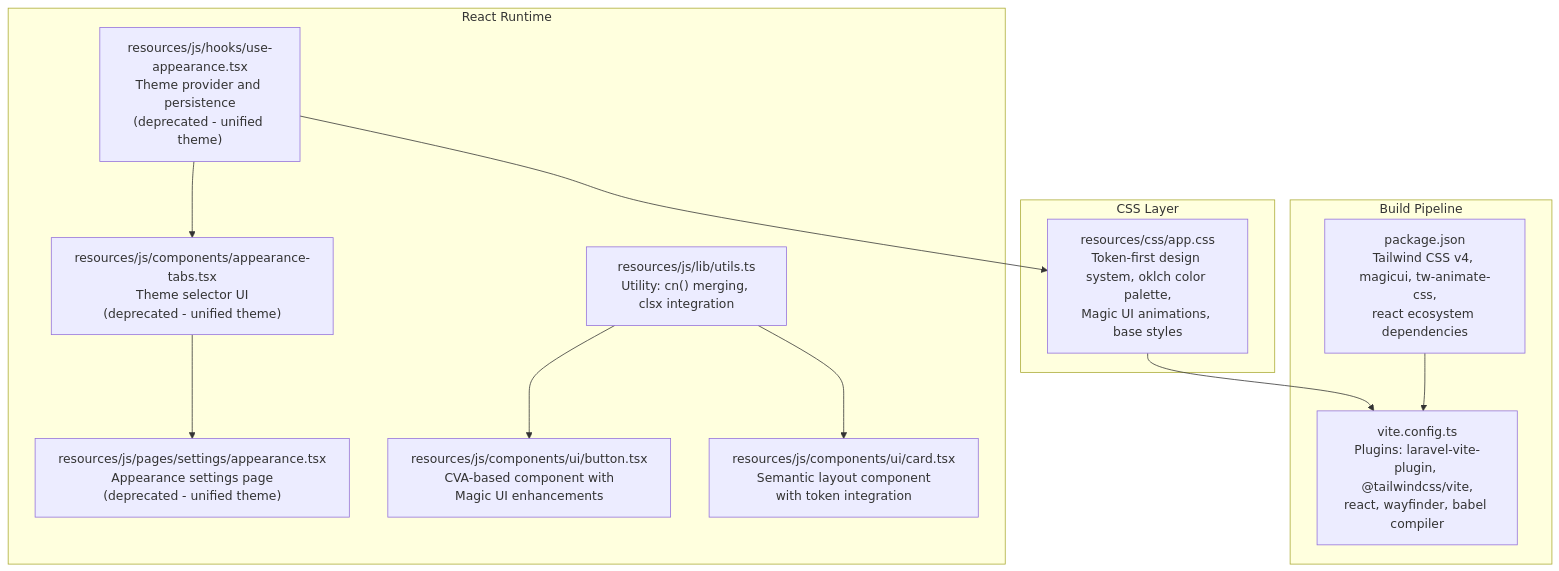
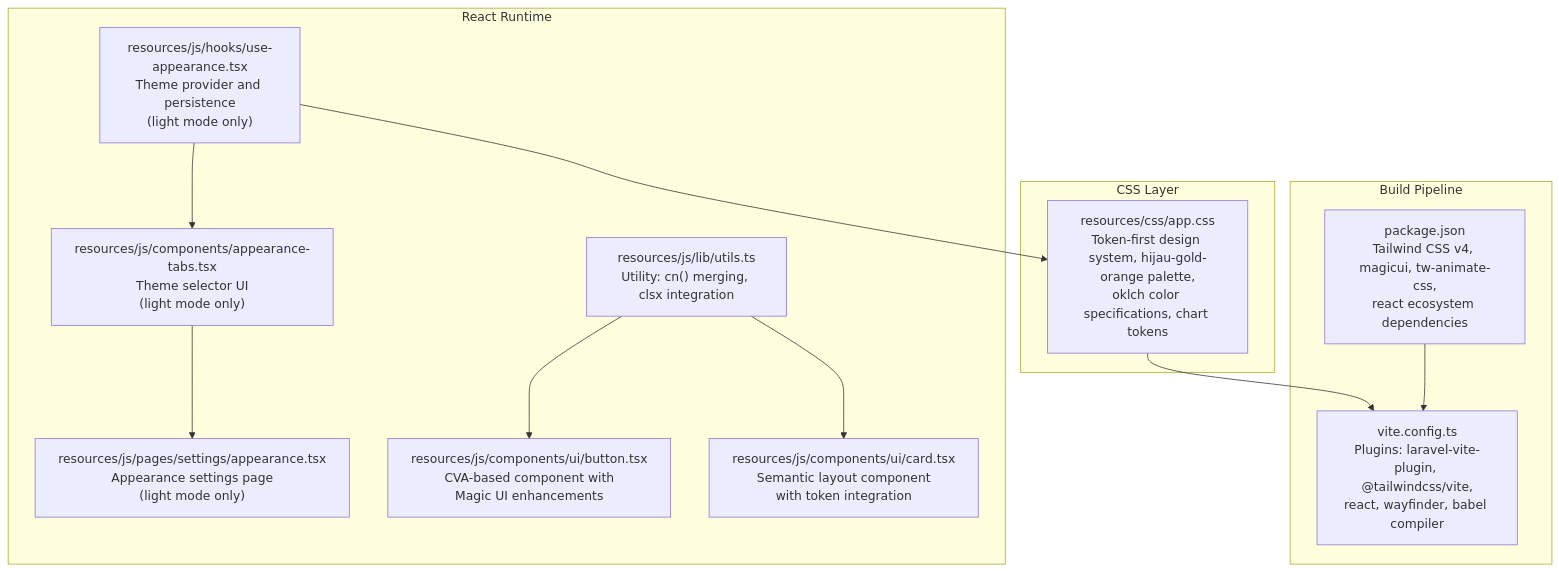
Before and after one commit to PA-Penajam/kepegawaian_apps: the first of 3 diagrams in .qoder/repowiki/en/content/Frontend Architecture/Styling and Theming.md, drawn with Mermaid. The commit also changed other lines of this file and 4 other files, not shown here.

First line of the commit message:
docs(repowiki): update frontend architecture wiki dengan Magic UI components

````diff
--- a/.qoder/repowiki/en/content/Frontend Architecture/Styling and Theming.md
+++ b/.qoder/repowiki/en/content/Frontend Architecture/Styling and Theming.md
@@ -44,25 +44,25 @@
 ```mermaid
 graph TB
 subgraph "CSS Layer"
-A["resources/css/app.css<br/>Token-first design system, oklch color palette,<br/>Magic UI animations, base styles"]
+A["resources/css/app.css<br/>Token-first design system, hijau-gold-orange palette,<br/>oklch color specifications, chart tokens"]
 end
 subgraph "Build Pipeline"
 B["vite.config.ts<br/>Plugins: laravel-vite-plugin, @tailwindcss/vite,<br/>react, wayfinder, babel compiler"]
 C["package.json<br/>Tailwind CSS v4, magicui, tw-animate-css,<br/>react ecosystem dependencies"]
 end
 subgraph "React Runtime"
-D["resources/js/hooks/use-appearance.tsx<br/>Theme provider and persistence<br/>(deprecated - unified theme)"]
-E["resources/js/components/appearance-tabs.tsx<br/>Theme selector UI<br/>(deprecated - unified theme)"]
-F["resources/js/pages/settings/appearance.tsx<br/>Appearance settings page<br/>(deprecated - unified theme)"]
+D["resources/js/hooks/use-appearance.tsx<br/>Theme provider and persistence<br/>(light mode only)"]
+E["resources/js/components/appearance-tabs.tsx<br/>Theme selector UI<br/>(light mode only)"]
+F["resources/js/pages/settings/appearance.tsx<br/>Appearance settings page<br/>(light mode only)"]
 G["resources/js/lib/utils.ts<br/>Utility: cn() merging, clsx integration"]
 H["resources/js/components/ui/button.tsx<br/>CVA-based component with<br/>Magic UI enhancements"]
 I["resources/js/components/ui/card.tsx<br/>Semantic layout component<br/>with token integration"]
 end
 A --> B
 C --> B
 D --> E
 E --> F
 G --> H
 G --> I
 D --> A
 ```
````
